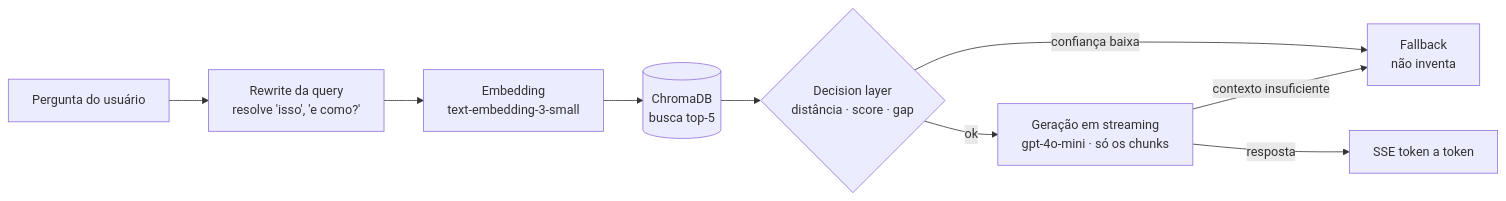
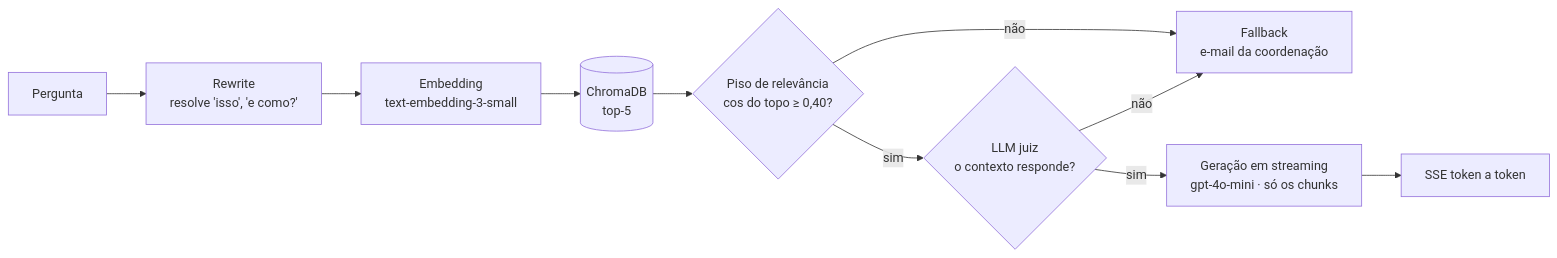
One commit to Luissantos20/caca-asteroides-rag changed the diagram in README.md. Above: the diagram before and after it, drawn with Mermaid. The commit also changed other lines of this file, not shown here.

````diff
--- a/README.md
+++ b/README.md
@@ -22,11 +22,12 @@
 ```mermaid
 flowchart LR
-    U[Pergunta do usuário] --> R[Rewrite da query<br/>resolve 'isso', 'e como?']
+    U[Pergunta] --> R[Rewrite<br/>resolve 'isso', 'e como?']
     R --> E[Embedding<br/>text-embedding-3-small]
-    E --> C[(ChromaDB<br/>busca top-5)]
-    C --> D{Decision layer<br/>distância · score · gap}
-    D -- confiança baixa --> F[Fallback<br/>não inventa]
-    D -- ok --> G[Geração em streaming<br/>gpt-4o-mini · só os chunks]
-    G -- contexto insuficiente --> F
-    G -- resposta --> S[SSE token a token]
+    E --> C[(ChromaDB<br/>top-5)]
+    C --> D{Piso de relevância<br/>cos do topo ≥ 0,40?}
+    D -- não --> F[Fallback<br/>e-mail da coordenação]
+    D -- sim --> J{LLM juiz<br/>o contexto responde?}
+    J -- não --> F
+    J -- sim --> G[Geração em streaming<br/>gpt-4o-mini · só os chunks]
+    G --> S[SSE token a token]
 ```
````
